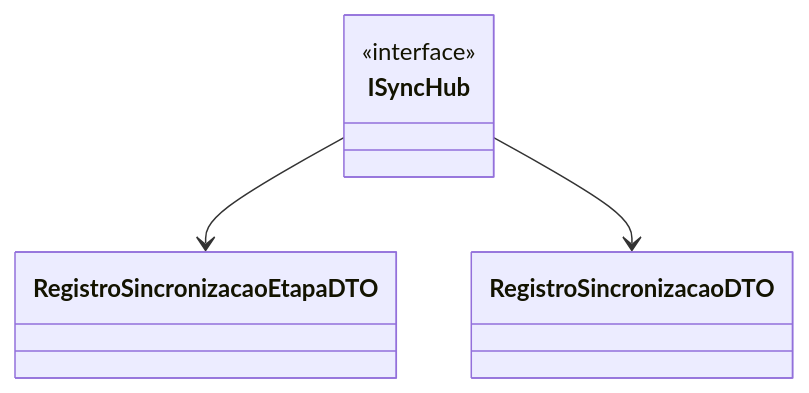
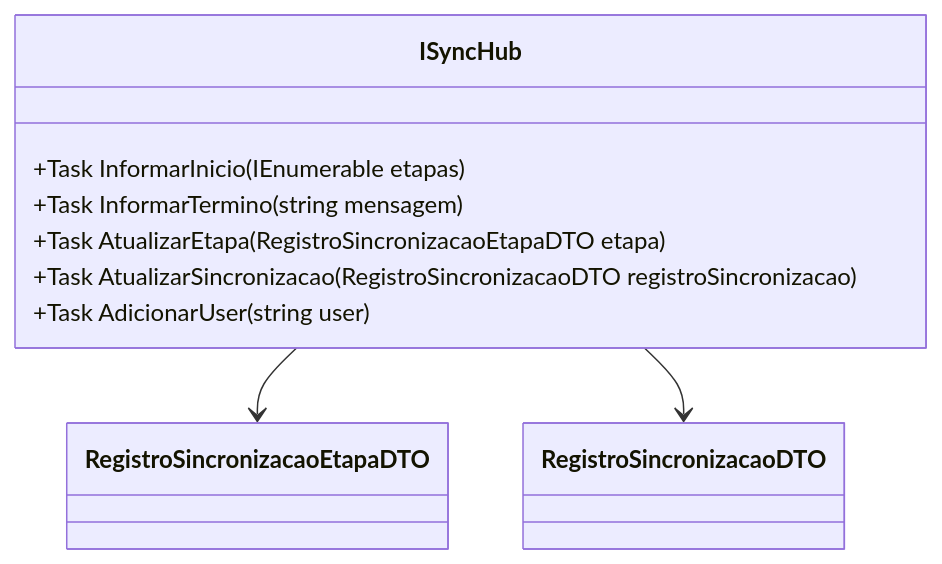
Before and after one commit to IsthmusSistemas/documentacao-tecnica: the diagram in docs/b2b-dominio/IsthmusWinthor.Nucleo/IsthmusWinthor.Dominio/Hubs/ISyncHub.md, drawn with Mermaid. The commit also changed other lines of this file and 882 other files, not shown here.

````diff
--- a/docs/b2b-dominio/IsthmusWinthor.Nucleo/IsthmusWinthor.Dominio/Hubs/ISyncHub.md
+++ b/docs/b2b-dominio/IsthmusWinthor.Nucleo/IsthmusWinthor.Dominio/Hubs/ISyncHub.md
@@ -50,8 +58,19 @@
 ```mermaid
 classDiagram
     class ISyncHub {
-        <<interface>>
+        +Task InformarInicio(IEnumerable<RegistroSincronizacaoEtapaDTO> etapas)
+        +Task InformarTermino(string mensagem)
+        +Task AtualizarEtapa(RegistroSincronizacaoEtapaDTO etapa)
+        +Task AtualizarSincronizacao(RegistroSincronizacaoDTO registroSincronizacao)
+        +Task AdicionarUser(string user)
     }
+
+    class RegistroSincronizacaoEtapaDTO {
+    }
+
+    class RegistroSincronizacaoDTO {
+    }
+
     ISyncHub --> RegistroSincronizacaoEtapaDTO
     ISyncHub --> RegistroSincronizacaoDTO
 ```
````
